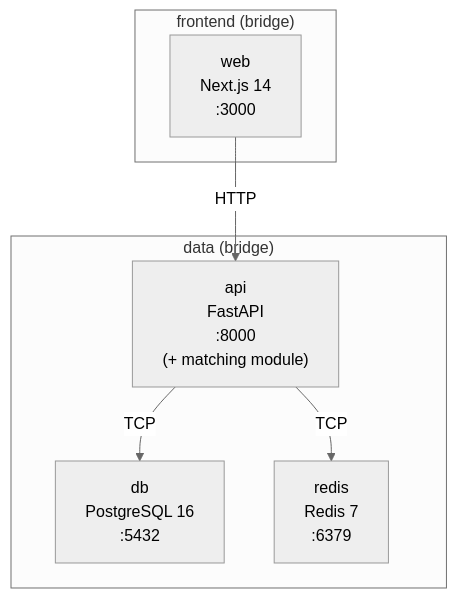
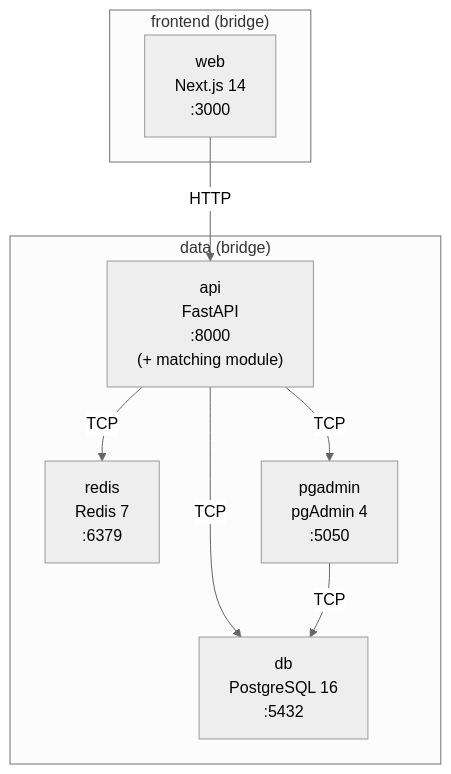
The first of 2 diagrams in openspec/changes/service-marketplace-platform/specs/docker-topology/spec.md (Christian-SoAssis/Projeto_ProgWeb), drawn with Mermaid (neutral theme) before and after one commit. The commit also changed other lines of this file and 7 other files, not shown here.

````diff
--- a/openspec/changes/service-marketplace-platform/specs/docker-topology/spec.md
+++ b/openspec/changes/service-marketplace-platform/specs/docker-topology/spec.md
@@ -9,16 +9,19 @@
 ```mermaid
 graph TB
     subgraph frontend_net["frontend (bridge)"]
         WEB["web<br/>Next.js 14<br/>:3000"]
     end
 
     subgraph data_net["data (bridge)"]
         API["api<br/>FastAPI<br/>:8000<br/>(+ matching module)"]
         DB["db<br/>PostgreSQL 16<br/>:5432"]
         REDIS["redis<br/>Redis 7<br/>:6379"]
+        PGADMIN["pgadmin<br/>pgAdmin 4<br/>:5050"]
     end
 
     WEB -->|HTTP| API
     API -->|TCP| DB
     API -->|TCP| REDIS
+    API -->|TCP| PGADMIN
+    PGADMIN -->|TCP| DB
 ```
````
